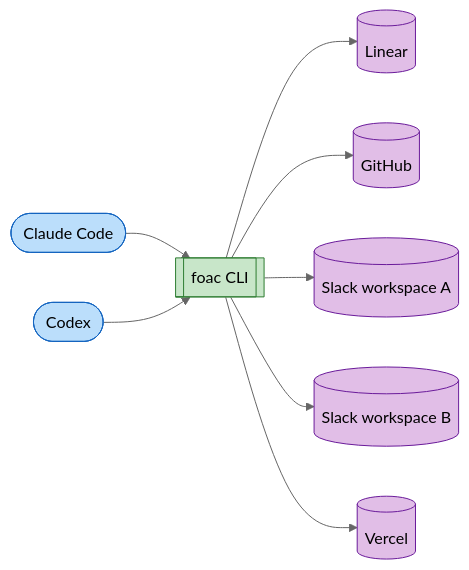
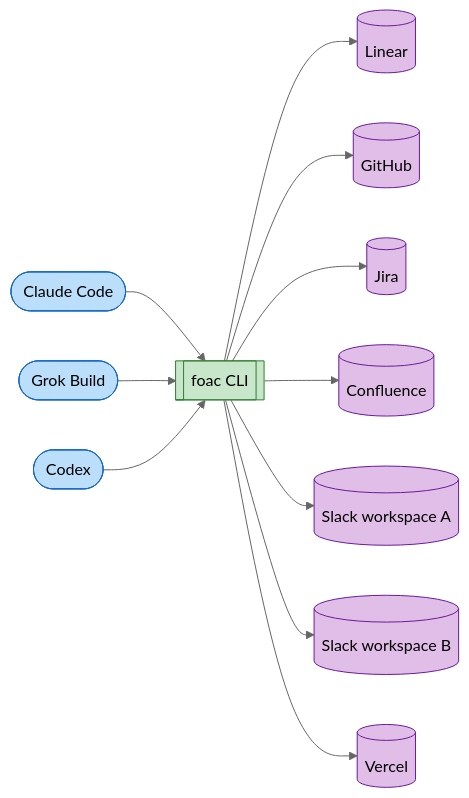
Before and after one commit to alephic-ai/foac: the second of 2 diagrams in README.md, drawn with Mermaid (neutral theme). The commit also changed other lines of this file, not shown here.

Commit message:
docs: add Atlassian and Grok Build back to the README diagrams

````diff
--- a/README.md
+++ b/README.md
@@ -48,12 +50,13 @@
 ```mermaid
 graph LR
     CC([Claude Code]) --> F
+    GRK([Grok Build]) --> F
     CX([Codex]) --> F[[foac CLI]]
-    F --> Linear[(Linear)] & GitHub[(GitHub)] & SlackA[(Slack workspace A)] & SlackB[(Slack workspace B)] & Vercel[(Vercel)]
+    F --> Linear[(Linear)] & GitHub[(GitHub)] & Jira[(Jira)] & Confluence[(Confluence)] & SlackA[(Slack workspace A)] & SlackB[(Slack workspace B)] & Vercel[(Vercel)]
     classDef harness fill:#bbdefb,stroke:#1565c0,color:#000
     classDef cli fill:#c8e6c9,stroke:#2e7d32,color:#000
     classDef provider fill:#e1bee7,stroke:#6a1b9a,color:#000
-    class CC,CX harness
+    class CC,GRK,CX harness
     class F cli
-    class Linear,GitHub,SlackA,SlackB,Vercel provider
+    class Linear,GitHub,Jira,Confluence,SlackA,SlackB,Vercel provider
 ```
````
